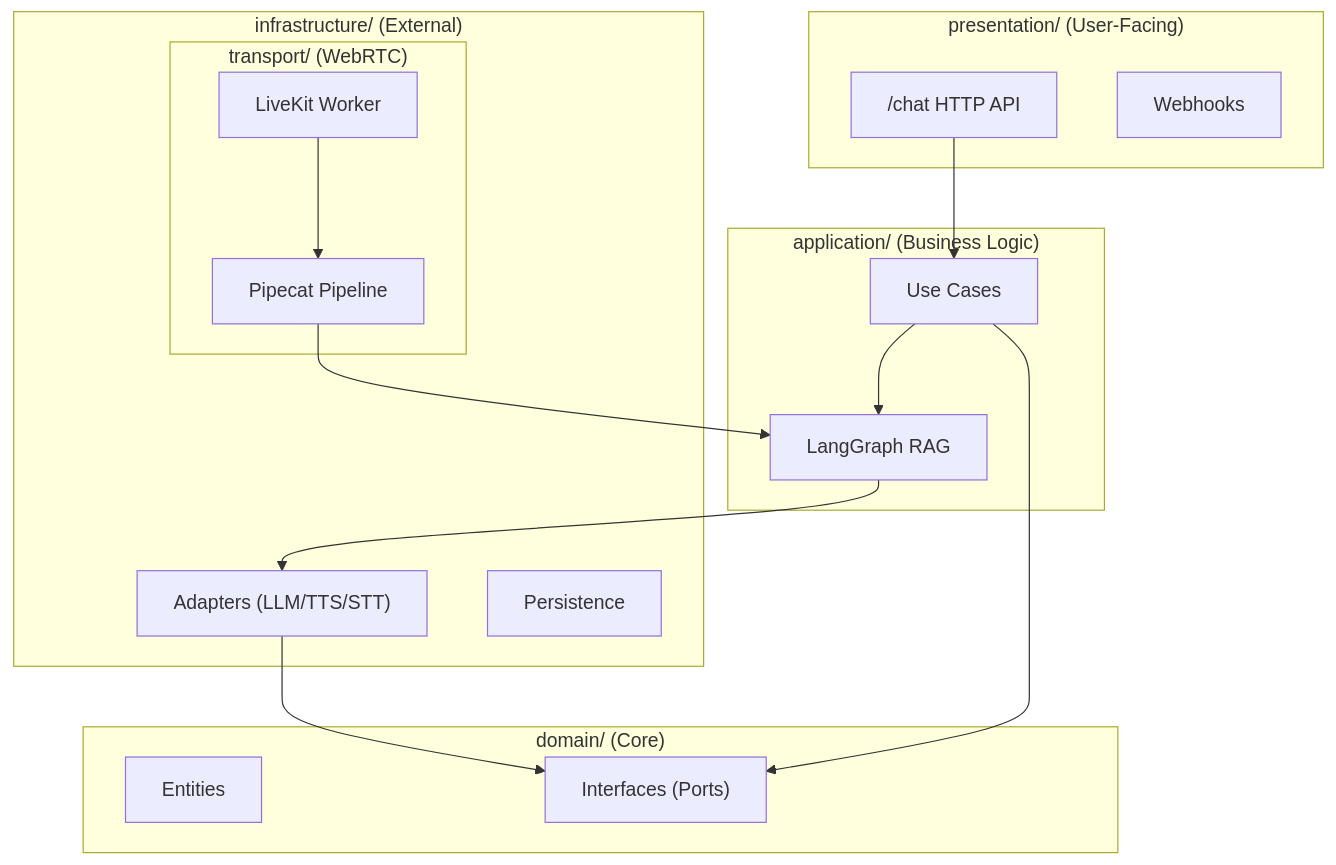
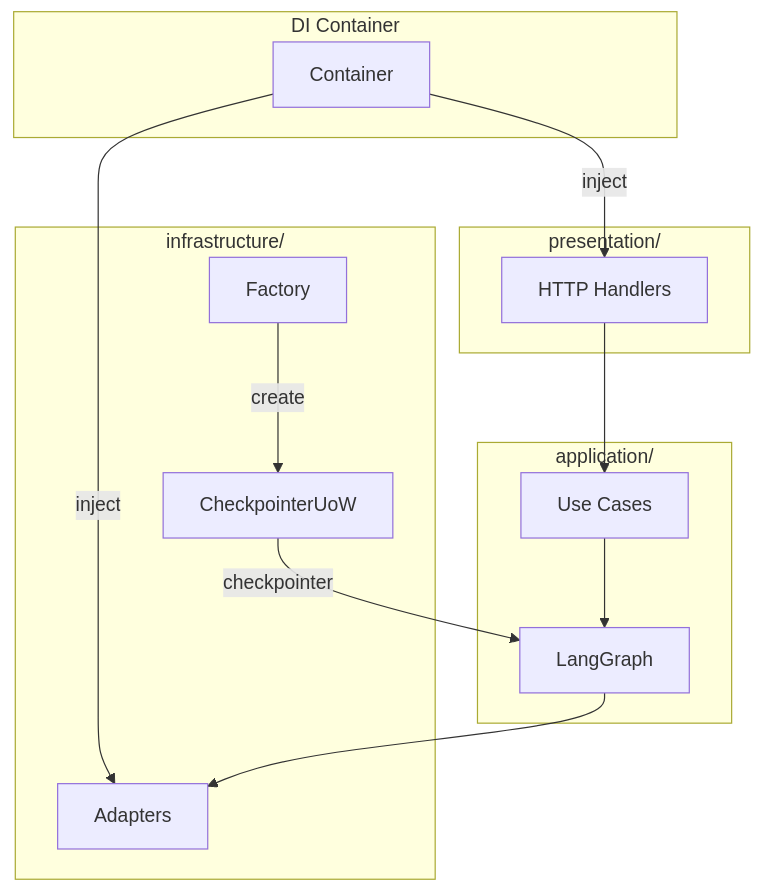
Before and after one commit to Jakkapat-Chongsuwat/homunculy: the diagram in homunculy/README.md, drawn with Mermaid. The commit also changed other lines of this file and 5 other files, not shown here.

````diff
--- a/homunculy/README.md
+++ b/homunculy/README.md
@@ -7,34 +7,27 @@
 ```mermaid
 graph TB
-    subgraph Presentation["presentation/ (User-Facing)"]
-        HTTP["/chat HTTP API"]
-        WH["Webhooks"]
+    subgraph DI["DI Container"]
+        C[Container]
+    end
+    
+    subgraph Presentation["presentation/"]
+        HTTP[HTTP Handlers]
     end
 
-    subgraph Application["application/ (Business Logic)"]
-        UC["Use Cases"]
-        LG["LangGraph RAG"]
+    subgraph Application["application/"]
+        UC[Use Cases]
+        LG[LangGraph]
     end
 
-    subgraph Infrastructure["infrastructure/ (External)"]
-        subgraph Transport["transport/ (WebRTC)"]
-            LK["LiveKit Worker"]
-            PC["Pipecat Pipeline"]
-        end
-        AD["Adapters (LLM/TTS/STT)"]
-        DB["Persistence"]
+    subgraph Infrastructure["infrastructure/"]
+        AD[Adapters]
+        UOW[CheckpointerUoW]
+        FAC[Factory]
     end
 
-    subgraph Domain["domain/ (Core)"]
-        EN["Entities"]
-        IF["Interfaces (Ports)"]
-    end
-
-    HTTP --> UC
-    LK --> PC
-    PC --> LG
-    UC --> LG
-    LG --> AD
-    AD --> IF
-    UC --> IF
+    C -->|inject| HTTP
+    C -->|inject| AD
+    HTTP --> UC --> LG --> AD
+    FAC -->|create| UOW
+    UOW -->|checkpointer| LG
 ```
````
